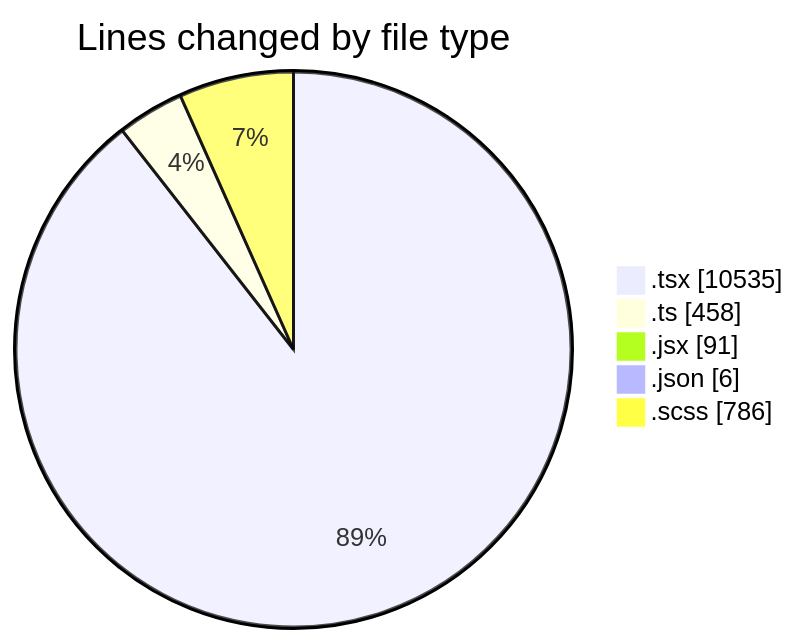
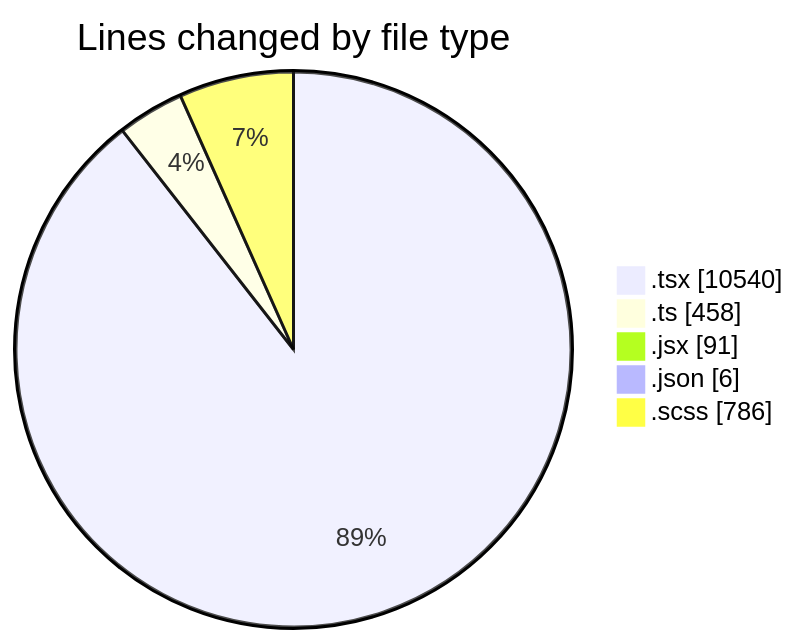
Before and after one commit to momahboobian/code-tracking: the first of 2 diagrams in 2026-04-27/cda/README.md, drawn with Mermaid. The commit also changed other lines of this file and 1 other file, not shown here.

````diff
--- a/2026-04-27/cda/README.md
+++ b/2026-04-27/cda/README.md
@@ -57,9 +57,9 @@
 ```mermaid
 pie showData
 title Lines changed by file type
-".tsx" : 10535
+".tsx" : 10540
 ".ts" : 458
 ".jsx" : 91
 ".json" : 6
 ".scss" : 786
 ```
````
